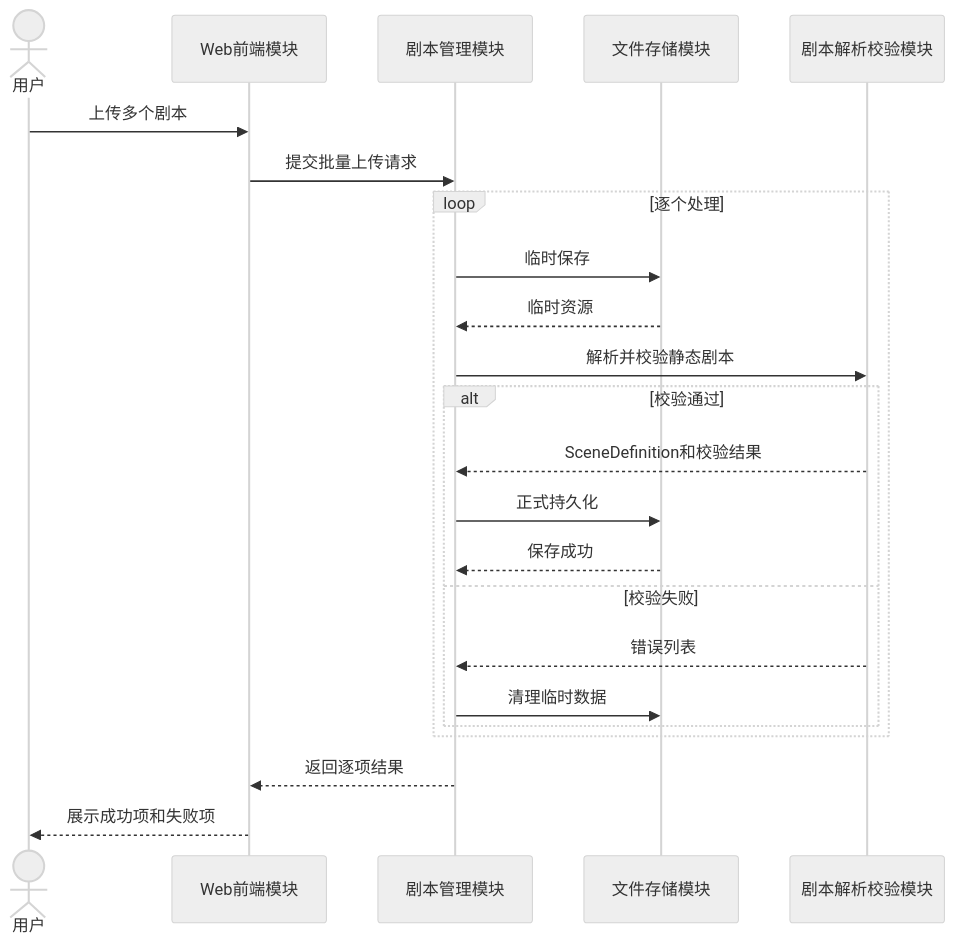
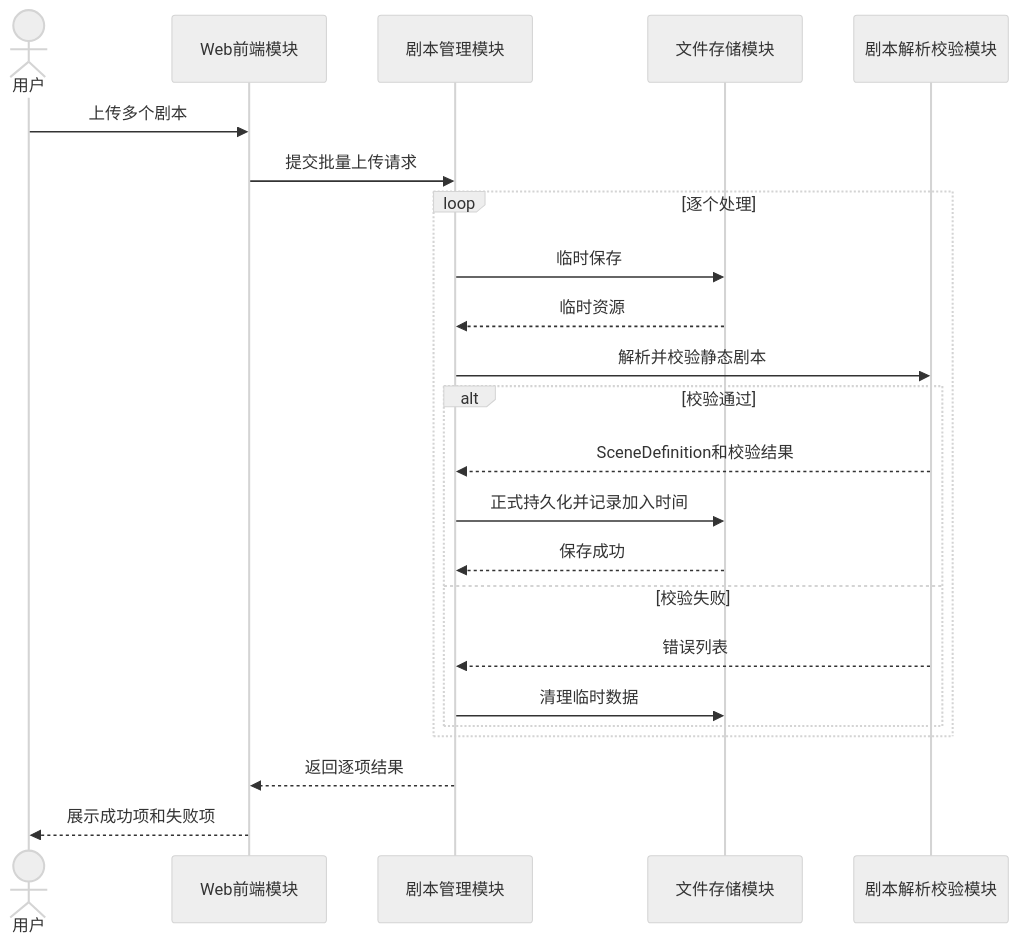
One commit to RIVERS0FT/AgentNetwork changed the second of 6 diagrams in docs/剧本管理设计.md. Above: the diagram before and after it, drawn with Mermaid (neutral theme). The commit also changed other lines of this file, not shown here.

Commit message:
docs: separate scene name list from scene details

````diff
--- a/docs/剧本管理设计.md
+++ b/docs/剧本管理设计.md
@@ -254,26 +266,26 @@
 ```mermaid
 sequenceDiagram
     actor User as 用户
     participant Web as Web前端模块
     participant SceneMgr as 剧本管理模块
     participant Store as 文件存储模块
     participant Parser as 剧本解析校验模块
 
     User->>Web: 上传多个剧本
     Web->>SceneMgr: 提交批量上传请求
     loop 逐个处理
         SceneMgr->>Store: 临时保存
         Store-->>SceneMgr: 临时资源
         SceneMgr->>Parser: 解析并校验静态剧本
         alt 校验通过
             Parser-->>SceneMgr: SceneDefinition和校验结果
-            SceneMgr->>Store: 正式持久化
+            SceneMgr->>Store: 正式持久化并记录加入时间
             Store-->>SceneMgr: 保存成功
         else 校验失败
             Parser-->>SceneMgr: 错误列表
             SceneMgr->>Store: 清理临时数据
         end
     end
     SceneMgr-->>Web: 返回逐项结果
     Web-->>User: 展示成功项和失败项
 ```
````
